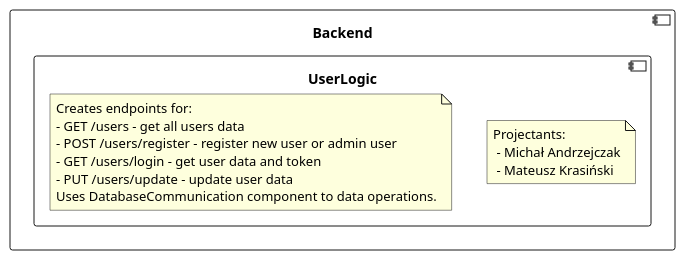
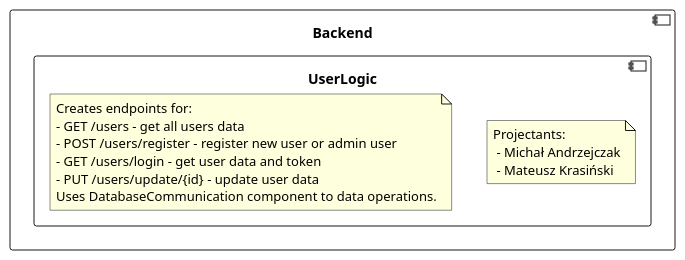
Before and after one commit to RadekBucki/OpinionCollectorArchitecture: the second of 6 diagrams in backend/BackendLogic.md, drawn with PlantUML. The commit also changed other lines of this file and 2 other files, not shown here.

````diff
--- a/backend/BackendLogic.md
+++ b/backend/BackendLogic.md
@@ -32,22 +32,22 @@
 ```plantuml
 @startuml
 component Backend {
     component UserLogic {
         note as Authors
             Projectants: 
              - Michał Andrzejczak
              - Mateusz Krasiński
         endnote
         note as Description
             Creates endpoints for:
             - GET /users - get all users data
             - POST /users/register - register new user or admin user
             - GET /users/login - get user data and token
-            - PUT /users/update - update user data
+            - PUT /users/update/{id} - update user data
             Uses DatabaseCommunication component to data operations.
         endnote
         
     }
 }
 @enduml 
 ```
````
